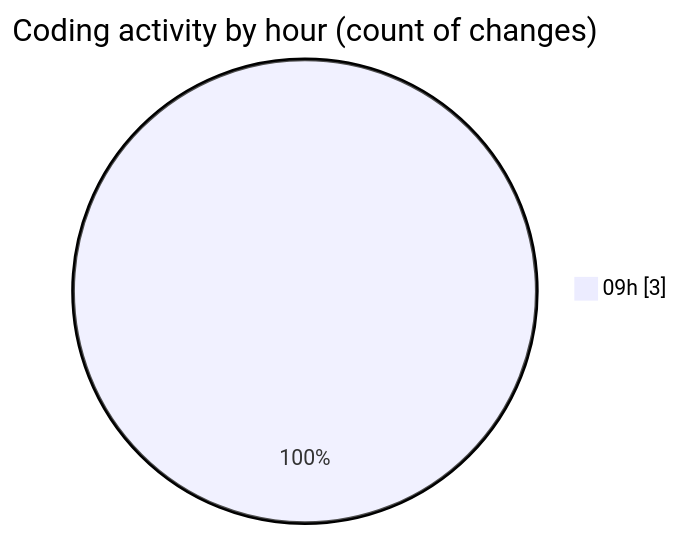
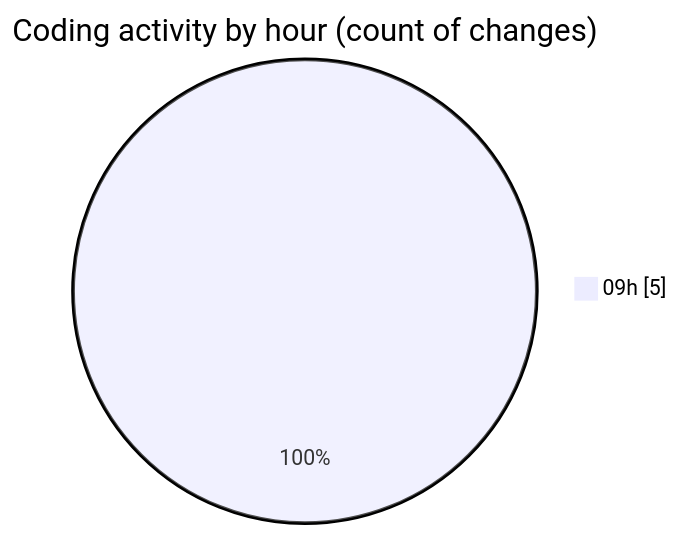
One commit to MatusMokan/code-tracking changed the second of 2 diagrams in 2025-04-30/myws__workspace_/README.md. Above: the diagram before and after it, drawn with Mermaid. The commit also changed other lines of this file and 1 other file, not shown here.

````diff
--- a/2025-04-30/myws__workspace_/README.md
+++ b/2025-04-30/myws__workspace_/README.md
@@ -28,5 +30,5 @@
 ```mermaid
 pie showData
 title Coding activity by hour (count of changes)
-"09h" : 3
+"09h" : 5
 ```
````
